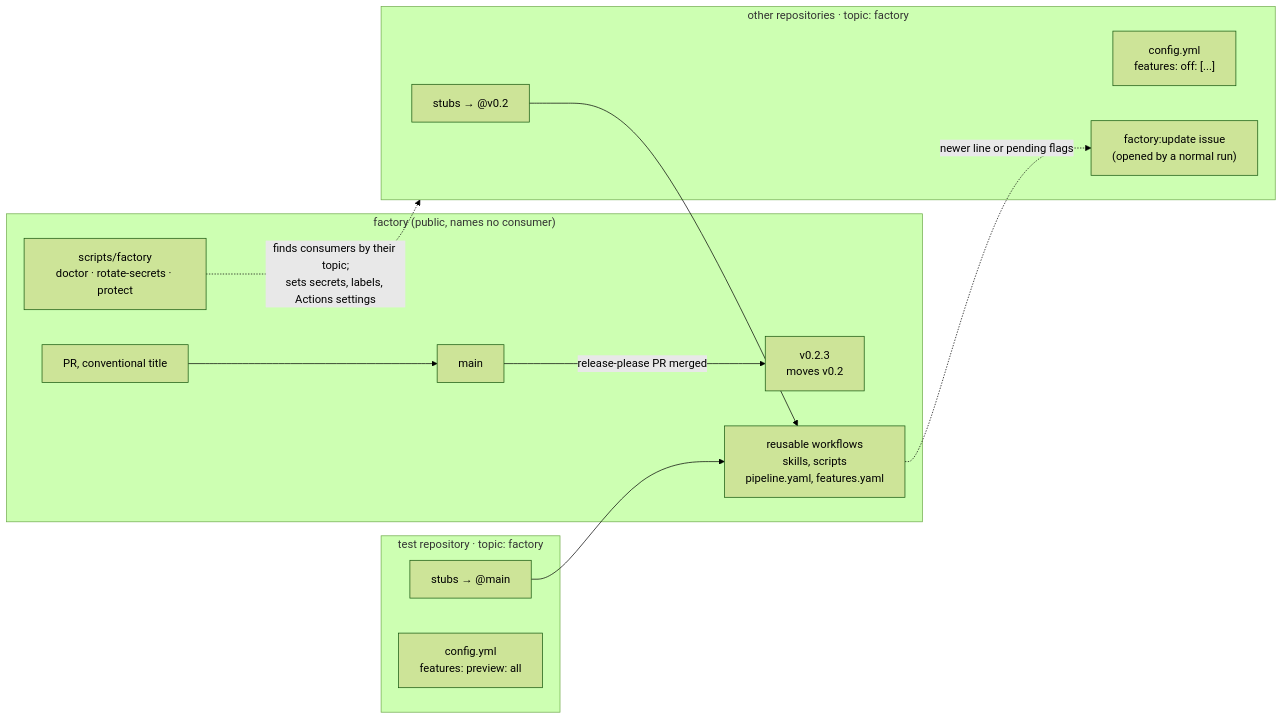
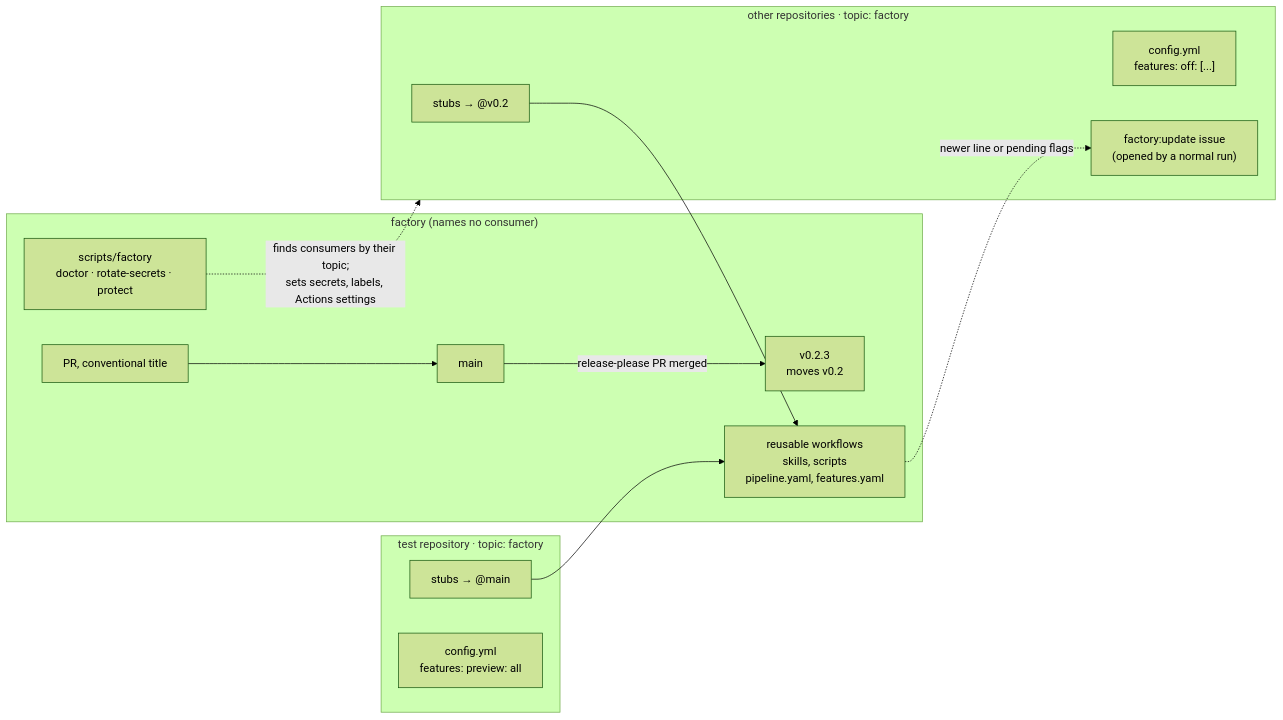
Before and after one commit to spdolan/factory: the diagram in docs/rollout.md, drawn with Mermaid (forest theme). The commit also changed other lines of this file and 3 other files, not shown here.

First line of the commit message:
feat(cli): support a private factory alongside a public one

````diff
--- a/docs/rollout.md
+++ b/docs/rollout.md
@@ -35,22 +35,22 @@
 ```mermaid
 flowchart LR
-  subgraph factory["factory (public, names no consumer)"]
+  subgraph factory["factory (names no consumer)"]
     PR["PR, conventional title"] --> Main["main"]
     Main -->|"release-please PR merged"| Rel["v0.2.3<br/>moves v0.2"]
     RW["reusable workflows<br/>skills, scripts<br/>pipeline.yaml, features.yaml"]
     CLI["scripts/factory<br/>doctor · rotate-secrets · protect"]
   end
   subgraph test["test repository · topic: factory"]
     TStub["stubs → @main"]
     TCfg["config.yml<br/>features: preview: all"]
   end
   subgraph other["other repositories · topic: factory"]
     Stub["stubs → @v0.2"]
     Cfg["config.yml<br/>features: off: [...]"]
     Upd["factory:update issue<br/>(opened by a normal run)"]
   end
   TStub --> RW
   Stub --> RW
   RW -.->|"newer line or pending flags"| Upd
   CLI -.->|"finds consumers by their topic;<br/>sets secrets, labels, Actions settings"| other
 ```
````
